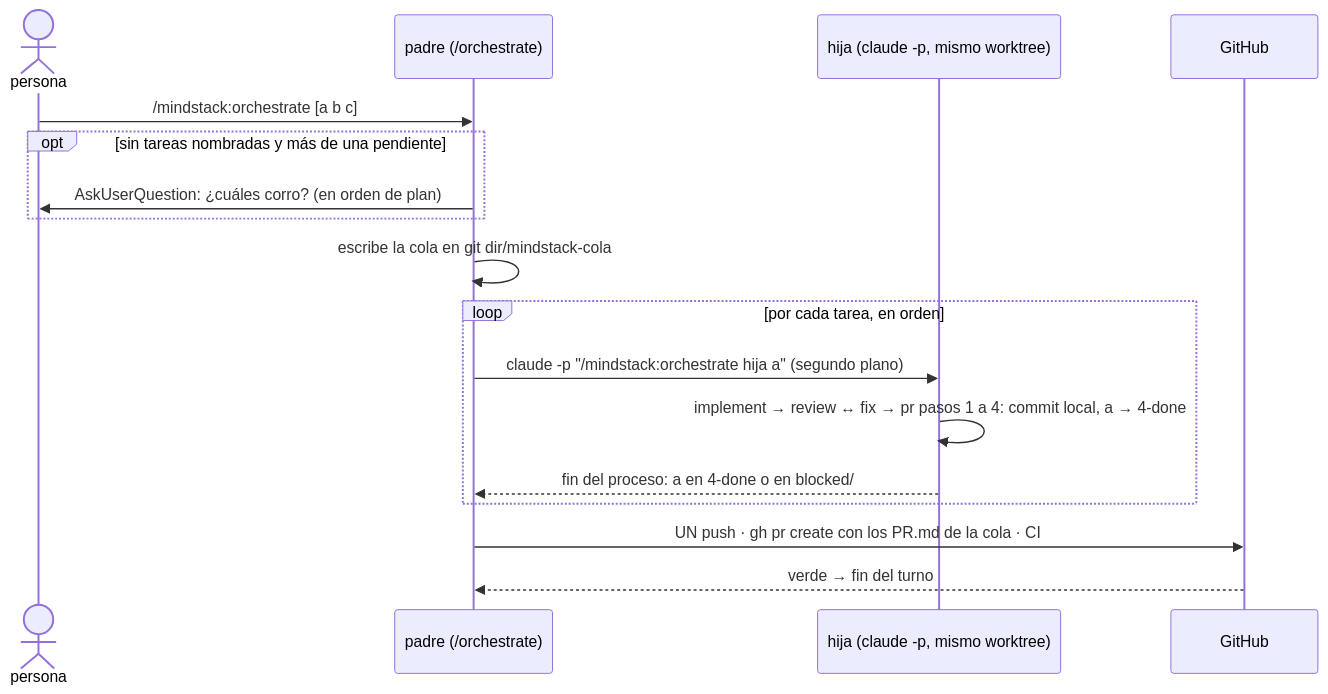
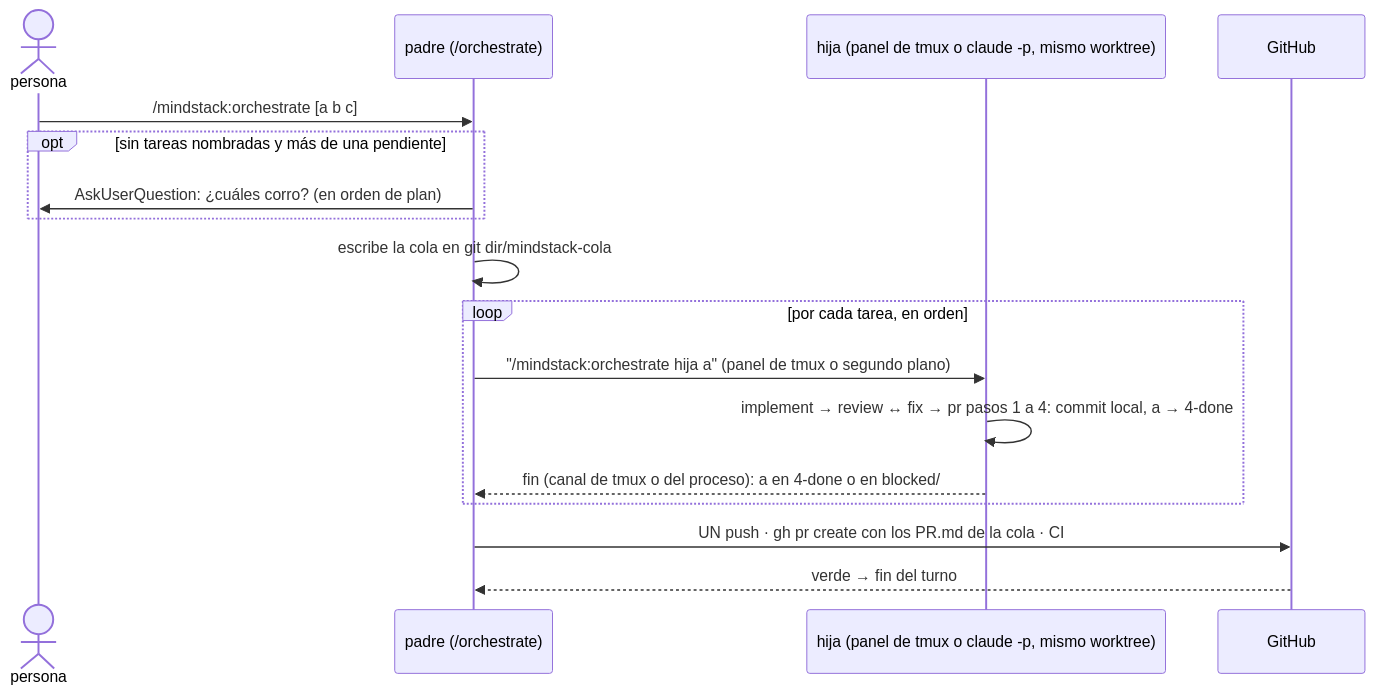
Before and after one commit to octavio-parozlabs/mindstack: the third of 3 diagrams in skills/workflow/references/orchestrate.md, drawn with Mermaid. The commit also changed other lines of this file and 3 other files, not shown here.

````diff
--- a/skills/workflow/references/orchestrate.md
+++ b/skills/workflow/references/orchestrate.md
@@ -87,19 +87,19 @@
 ```mermaid
 sequenceDiagram
     actor P as persona
     participant O as padre (/orchestrate)
-    participant H as hija (claude -p, mismo worktree)
+    participant H as hija (panel de tmux o claude -p, mismo worktree)
     participant G as GitHub
     P->>O: /mindstack:orchestrate [a b c]
     opt sin tareas nombradas y más de una pendiente
         O->>P: AskUserQuestion: ¿cuáles corro? (en orden de plan)
     end
     O->>O: escribe la cola en git dir/mindstack-cola
     loop por cada tarea, en orden
-        O->>H: claude -p "/mindstack:orchestrate hija a" (segundo plano)
+        O->>H: "/mindstack:orchestrate hija a" (panel de tmux o segundo plano)
         H->>H: implement → review ↔ fix → pr pasos 1 a 4: commit local, a → 4-done
-        H-->>O: fin del proceso: a en 4-done o en blocked/
+        H-->>O: fin (canal de tmux o del proceso): a en 4-done o en blocked/
     end
     O->>G: UN push · gh pr create con los PR.md de la cola · CI
     G-->>O: verde → fin del turno
 ```
````
